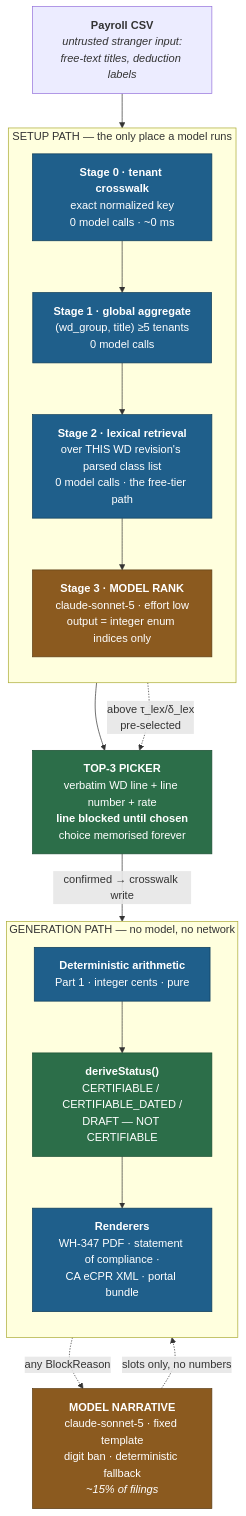
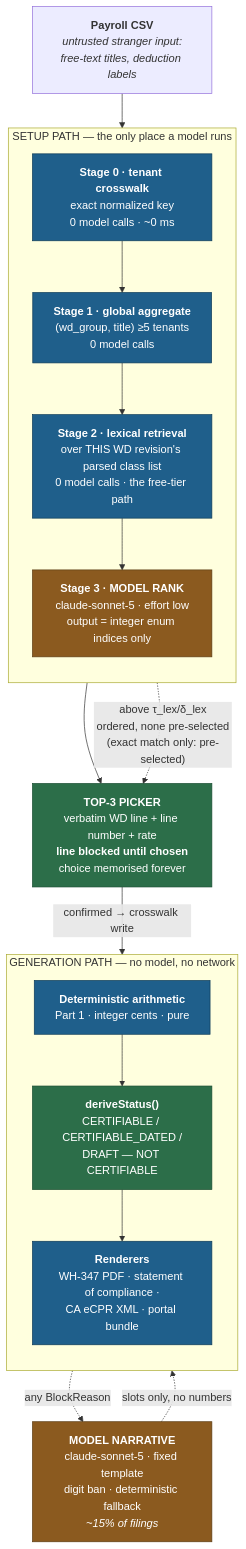
Before and after one commit to ozore/Octopus: the first of 2 diagrams in run-2/phase-2-build/architecture/ENGINE.md, drawn with Mermaid. The commit also changed other lines of this file and 8 other files, not shown here.

````diff
--- a/run-2/phase-2-build/architecture/ENGINE.md
+++ b/run-2/phase-2-build/architecture/ENGINE.md
@@ -500,39 +780,39 @@
 ```mermaid
 flowchart TB
     csv["<b>Payroll CSV</b><br/><i>untrusted stranger input:<br/>free-text titles, deduction labels</i>"]
 
     subgraph setup["SETUP PATH — the only place a model runs"]
       direction TB
       s0["<b>Stage 0 · tenant crosswalk</b><br/>exact normalized key<br/>0 model calls · ~0 ms"]
       s1["<b>Stage 1 · global aggregate</b><br/>(wd_group, title) ≥5 tenants<br/>0 model calls"]
       s2["<b>Stage 2 · lexical retrieval</b><br/>over THIS WD revision's parsed class list<br/>0 model calls · the free-tier path"]
       s3["<b>Stage 3 · MODEL RANK</b><br/>claude-sonnet-5 · effort low<br/>output = integer enum indices only"]
       s0 --> s1 --> s2 --> s3
     end
 
     picker["<b>TOP-3 PICKER</b><br/>verbatim WD line + line number + rate<br/><b>line blocked until chosen</b><br/>choice memorised forever"]
 
     subgraph gen["GENERATION PATH — no model, no network"]
       direction TB
       arith["<b>Deterministic arithmetic</b><br/>Part 1 · integer cents · pure"]
       status["<b>deriveStatus()</b><br/>CERTIFIABLE / CERTIFIABLE_DATED /<br/>DRAFT — NOT CERTIFIABLE"]
       render["<b>Renderers</b><br/>WH-347 PDF · statement of compliance ·<br/>CA eCPR XML · portal bundle"]
       arith --> status --> render
     end
 
     narr["<b>MODEL NARRATIVE</b><br/>claude-sonnet-5 · fixed template<br/>digit ban · deterministic fallback<br/><i>~15% of filings</i>"]
 
     csv --> s0
     s3 --> picker
-    s2 -.->|"above τ_lex/δ_lex<br/>pre-selected"| picker
+    s2 -.->|"above τ_lex/δ_lex<br/>ordered, none pre-selected<br/>(exact match only: pre-selected)"| picker
     picker -->|"confirmed → crosswalk write"| arith
     status -.->|"any BlockReason"| narr
     narr -.->|"slots only, no numbers"| render
 
     classDef model fill:#8b5a1f,stroke:#5c3c14,color:#fff
     classDef pure fill:#1f5f8b,stroke:#0d3b57,color:#fff
     classDef guard fill:#2c6e49,stroke:#194d31,color:#fff
     class s3,narr model
     class s0,s1,s2,arith,render pure
     class picker,status guard
 ```
````
